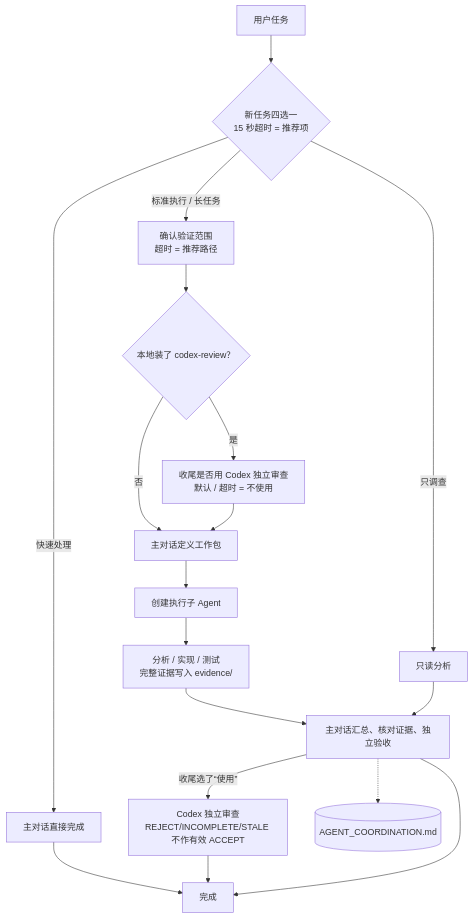
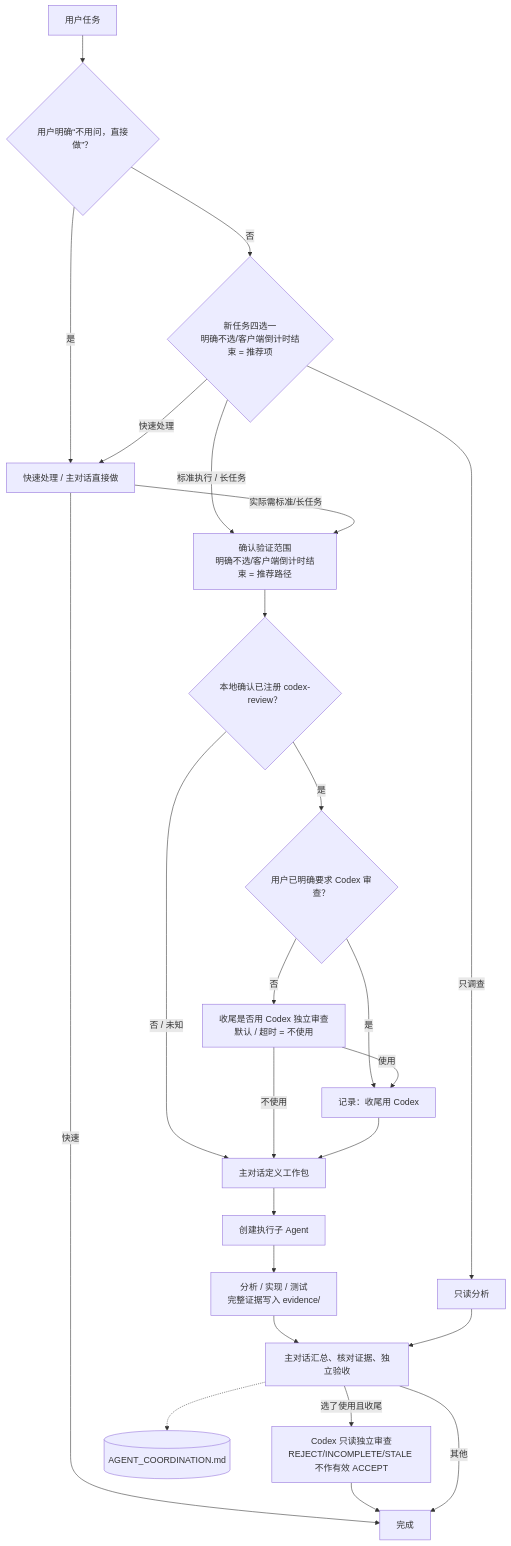
Before and after one commit to jinsc123654/single-conversation-subagent-skill: the diagram in docs/单对话subagent-两级协作协议.md, drawn with Mermaid. The commit also changed other lines of this file and 6 other files, not shown here.

````diff
--- a/docs/单对话subagent-两级协作协议.md
+++ b/docs/单对话subagent-两级协作协议.md
@@ -15,20 +15,27 @@
 ```mermaid
 flowchart TD
-    U[用户任务] --> Q{新任务四选一<br/>15 秒超时 = 推荐项}
-    Q -->|快速处理| F[主对话直接完成]
+    U[用户任务] --> E0{用户明确“不用问，直接做”？}
+    E0 -->|是| F[快速处理 / 主对话直接做]
+    E0 -->|否| Q{新任务四选一<br/>明确不选/客户端倒计时结束 = 推荐项}
+    Q -->|快速处理| F
     Q -->|只调查| R[只读分析]
-    Q -->|标准执行 / 长任务| V[确认验证范围<br/>超时 = 推荐路径]
-    V --> CI{本地装了 codex-review？}
-    CI -->|是| CV[收尾是否用 Codex 独立审查<br/>默认 / 超时 = 不使用]
-    CI -->|否| W[主对话定义工作包]
-    CV --> W
+    Q -->|标准执行 / 长任务| V[确认验证范围<br/>明确不选/客户端倒计时结束 = 推荐路径]
+    F -->|实际需标准/长任务| V
+    F -->|快速| D[完成]
+    V --> CI{本地确认已注册 codex-review？}
+    CI -->|否 / 未知| W[主对话定义工作包]
+    CI -->|是| CQ{用户已明确要求 Codex 审查？}
+    CQ -->|是| R0[记录：收尾用 Codex]
+    CQ -->|否| CV[收尾是否用 Codex 独立审查<br/>默认 / 超时 = 不使用]
+    CV -->|使用| R0
+    CV -->|不使用| W
+    R0 --> W
     W --> E[创建执行子 Agent]
     E --> X[分析 / 实现 / 测试<br/>完整证据写入 evidence/]
     X --> M[主对话汇总、核对证据、独立验收]
     R --> M
-    F --> D[完成]
-    M -->|收尾选了“使用”| CR[Codex 独立审查<br/>REJECT/INCOMPLETE/STALE 不作有效 ACCEPT]
+    M -->|选了使用且收尾| CR[Codex 只读独立审查<br/>REJECT/INCOMPLETE/STALE 不作有效 ACCEPT]
     CR --> D
-    M --> D
+    M -->|其他| D
     M -.-> C[(AGENT_COORDINATION.md)]
 ```
````
